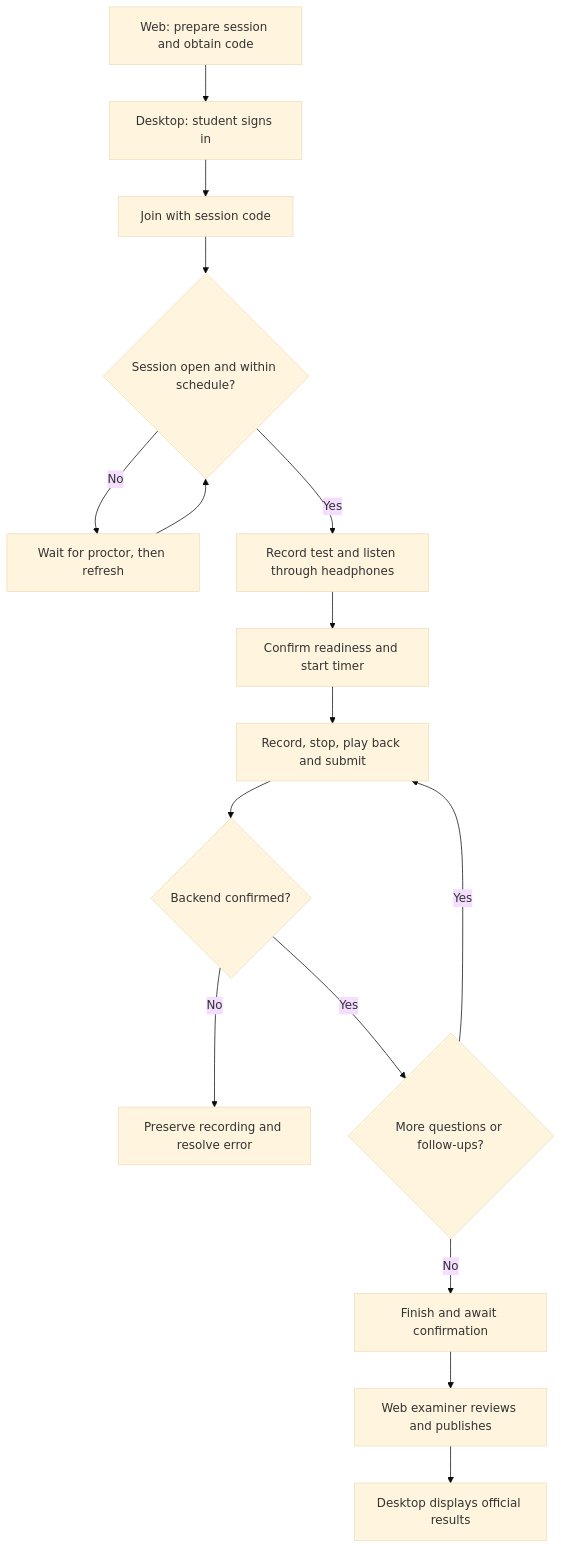
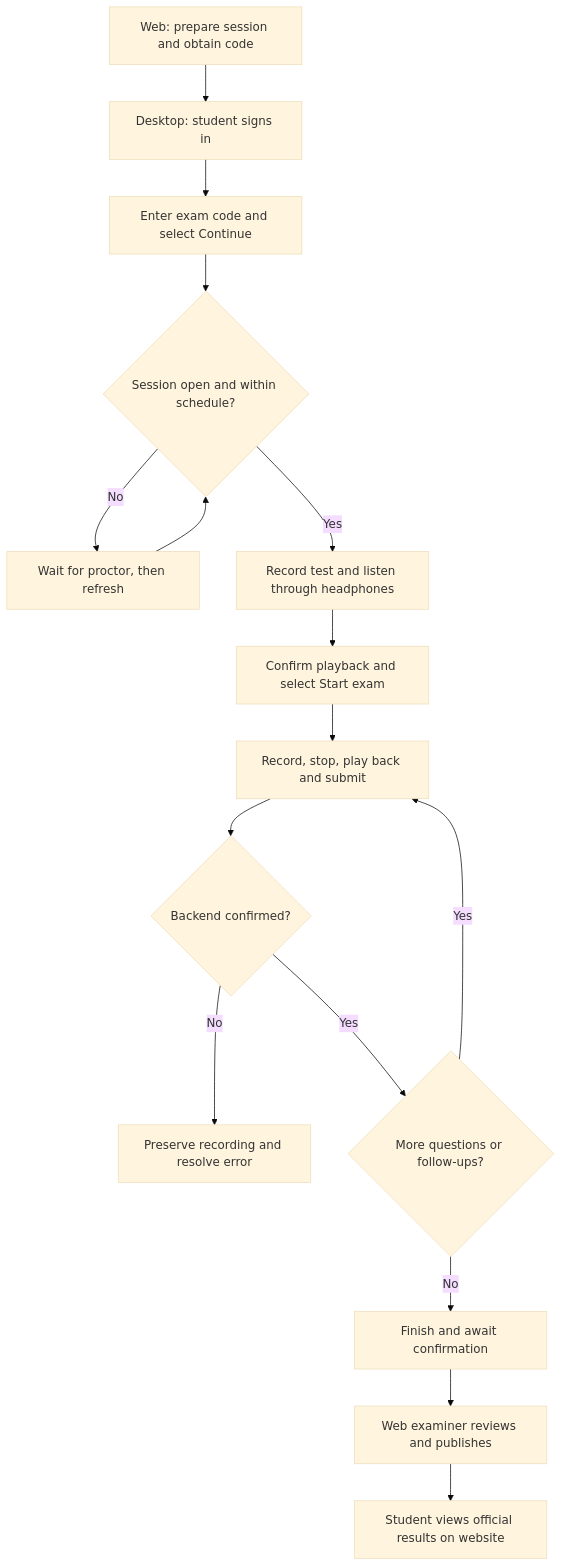
One commit to FExamOralTest/AIVES_FPT changed the first of 2 diagrams in docs/desktop-test-flows.md. Above: the diagram before and after it, drawn with Mermaid (base theme). The commit also changed other lines of this file and 2 other files, not shown here.

Commit message:
Document the simplified student desktop workflow

````diff
--- a/docs/desktop-test-flows.md
+++ b/docs/desktop-test-flows.md
@@ -7,18 +7,18 @@
 ```mermaid
 flowchart TD
   setup["Web: prepare session and obtain code"] --> login["Desktop: student signs in"]
-  login --> join["Join with session code"]
+  login --> join["Enter exam code and select Continue"]
   join --> ready{"Session open and within schedule?"}
   ready -->|No| wait["Wait for proctor, then refresh"]
   wait --> ready
   ready -->|Yes| devices["Record test and listen through headphones"]
-  devices --> start["Confirm readiness and start timer"]
+  devices --> start["Confirm playback and select Start exam"]
   start --> answer["Record, stop, play back and submit"]
   answer --> confirmed{"Backend confirmed?"}
   confirmed -->|No| recover["Preserve recording and resolve error"]
   confirmed -->|Yes| more{"More questions or follow-ups?"}
   more -->|Yes| answer
   more -->|No| finish["Finish and await confirmation"]
   finish --> review["Web examiner reviews and publishes"]
-  review --> result["Desktop displays official results"]
+  review --> result["Student views official results on website"]
 ```
````
